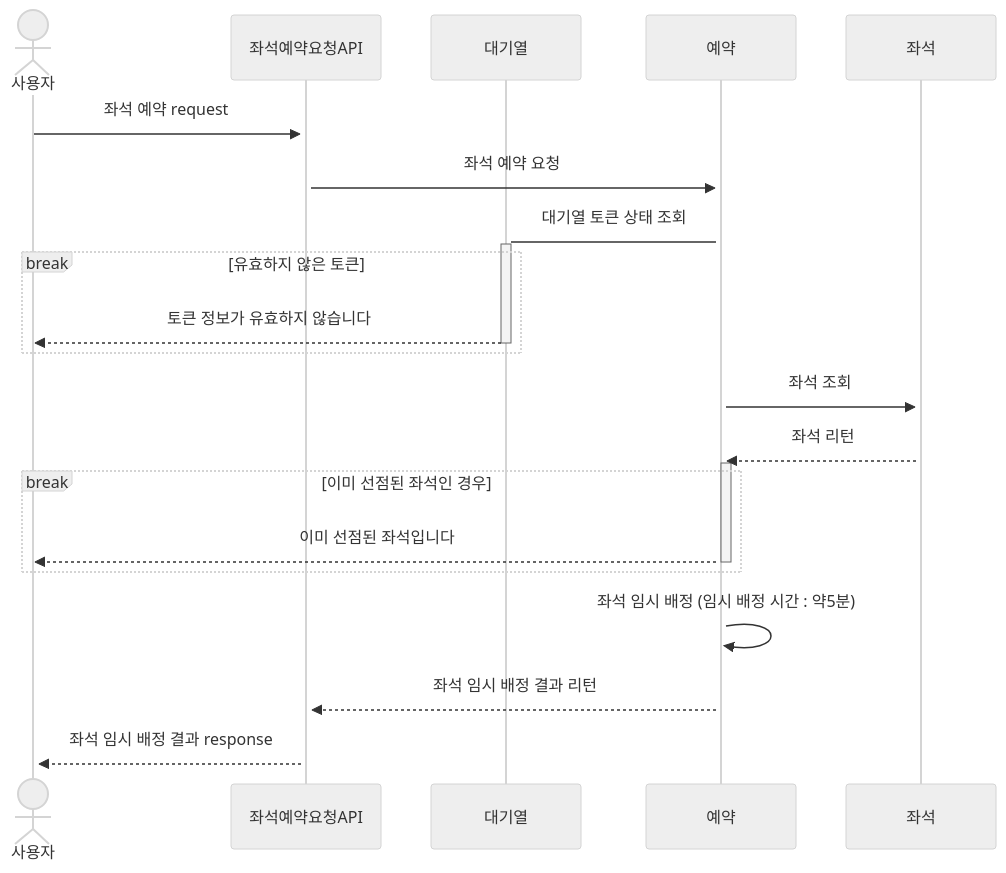
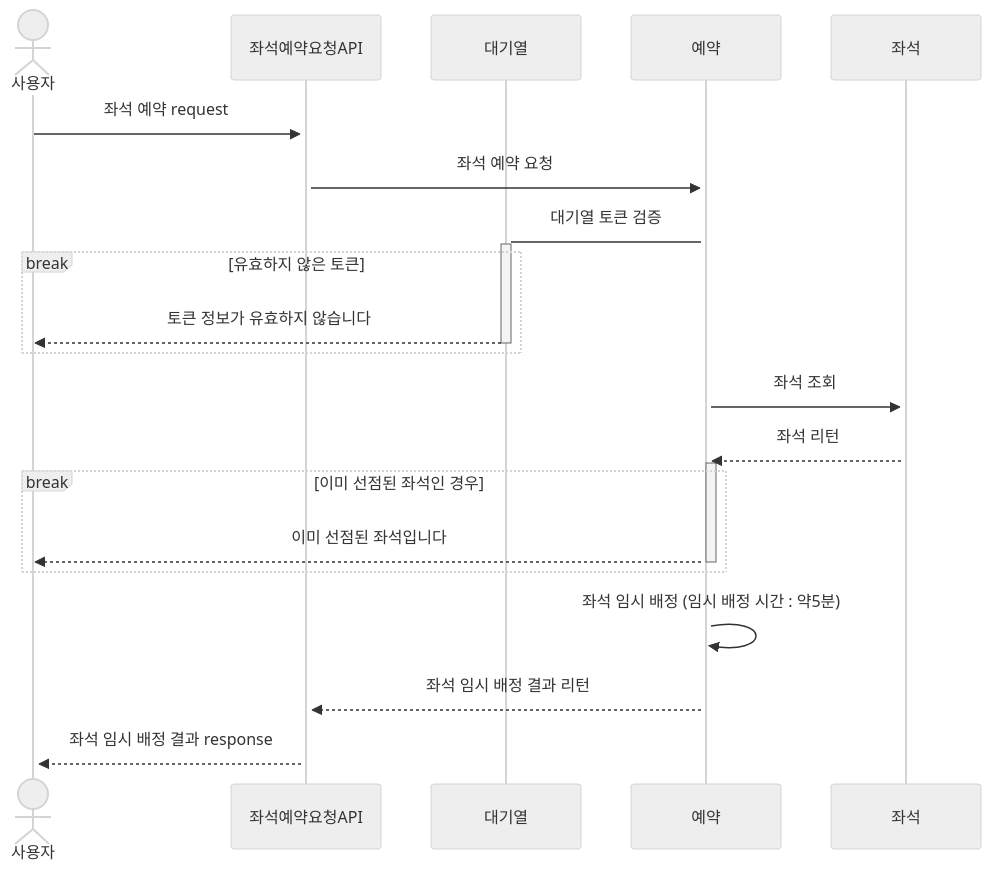
The fourth of 7 diagrams in doc/SEQUENCS.md (jangyoojeong/hhplus-ticketing-week03), drawn with Mermaid (neutral theme) before and after one commit. The commit also changed other lines of this file, not shown here.

````diff
--- a/doc/SEQUENCS.md
+++ b/doc/SEQUENCS.md
@@ -68,23 +78,23 @@
 ```mermaid
 sequenceDiagram
     actor  사용자
     participant 좌석예약요청API
     participant 대기열
     participant 예약
     participant 좌석
 
     사용자->>+좌석예약요청API: 좌석 예약 request
     좌석예약요청API->>+예약: 좌석 예약 요청
-    예약->+대기열:대기열 토큰 상태 조회
+    예약->+대기열:대기열 토큰 검증
     break 유효하지 않은 토큰
         대기열-->>-사용자: 토큰 정보가 유효하지 않습니다
     end
     예약->>+좌석: 좌석 조회
     좌석-->>+예약: 좌석 리턴
     break 이미 선점된 좌석인 경우
         예약-->>-사용자: 이미 선점된 좌석입니다
     end
     예약->>+예약: 좌석 임시 배정 (임시 배정 시간 : 약5분)
     예약-->>+좌석예약요청API: 좌석 임시 배정 결과 리턴
     좌석예약요청API-->>+사용자: 좌석 임시 배정 결과 response
 ```
````
